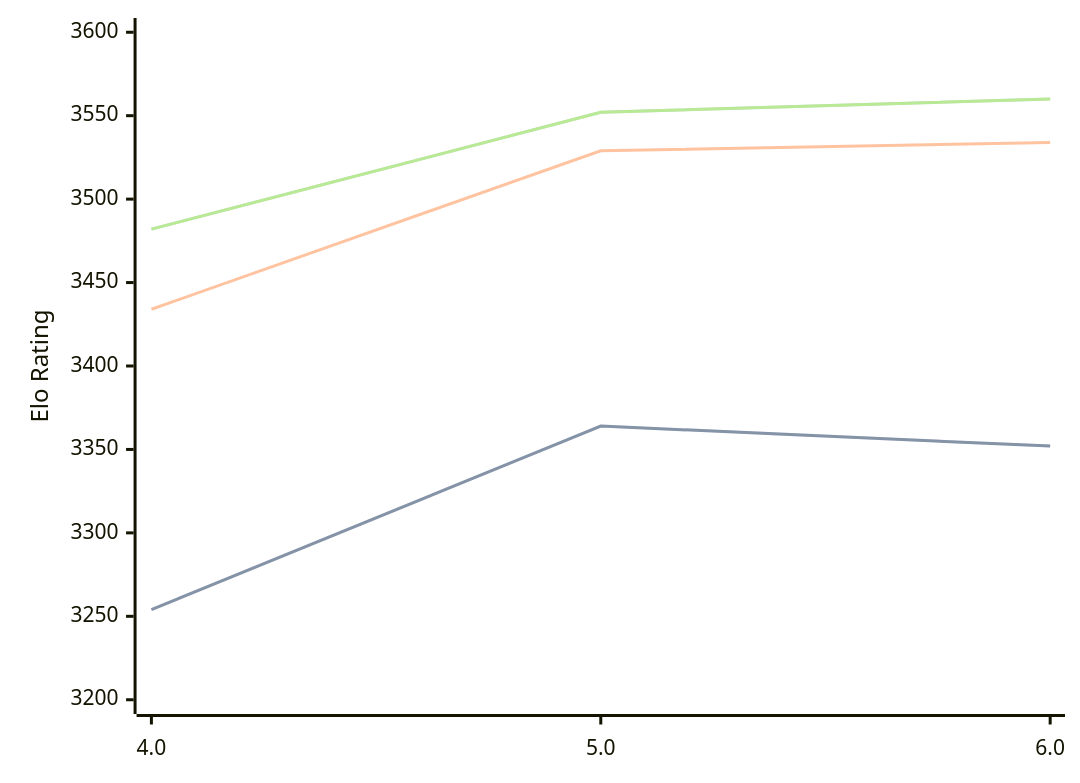
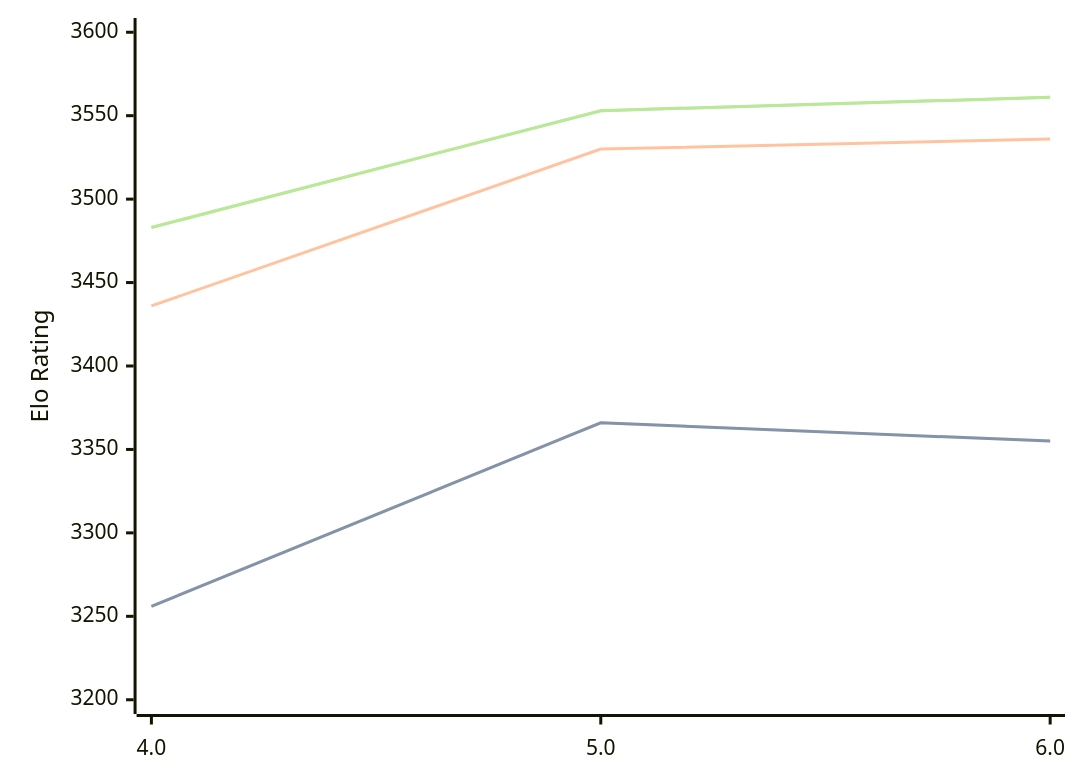
The diagram in engines/Tarnished.md (computer-chess-index/cci), drawn with Mermaid before and after one commit. The commit also changed other lines of this file, not shown here.

Commit message:
Update CCI Ratings (ELO VLTC) - 2026-09-01

````diff
--- a/engines/Tarnished.md
+++ b/engines/Tarnished.md
@@ -33,11 +33,11 @@
 ```mermaid
 %%{init: {"theme":"base","themeVariables":{"seriesColors:['#a3a3a3','#222221','#faa371']}}}%%
 xychart-beta
   x-axis ["4.0", "5.0", "6.0"]
   y-axis "Elo Rating" 3200 --> 3600
-  line "" [3254, 3364, 3352]
-  line "STC (8.0+0.08s)" [3254, 3364, 3352]
-  line "LTC (60.0+0.60s)" [3434, 3529, 3534]
-  line "" [3482, 3552, 3560]
-  line "VLTC (2m24s+1.12s)" [3482, 3552, 3560]
+  line "" [3256, 3366, 3355]
+  line "STC (8.0+0.08s)" [3256, 3366, 3355]
+  line "LTC (60.0+0.60s)" [3436, 3530, 3536]
+  line "" [3483, 3553, 3561]
+  line "VLTC (2m24s+1.12s)" [3483, 3553, 3561]
 ```
````
